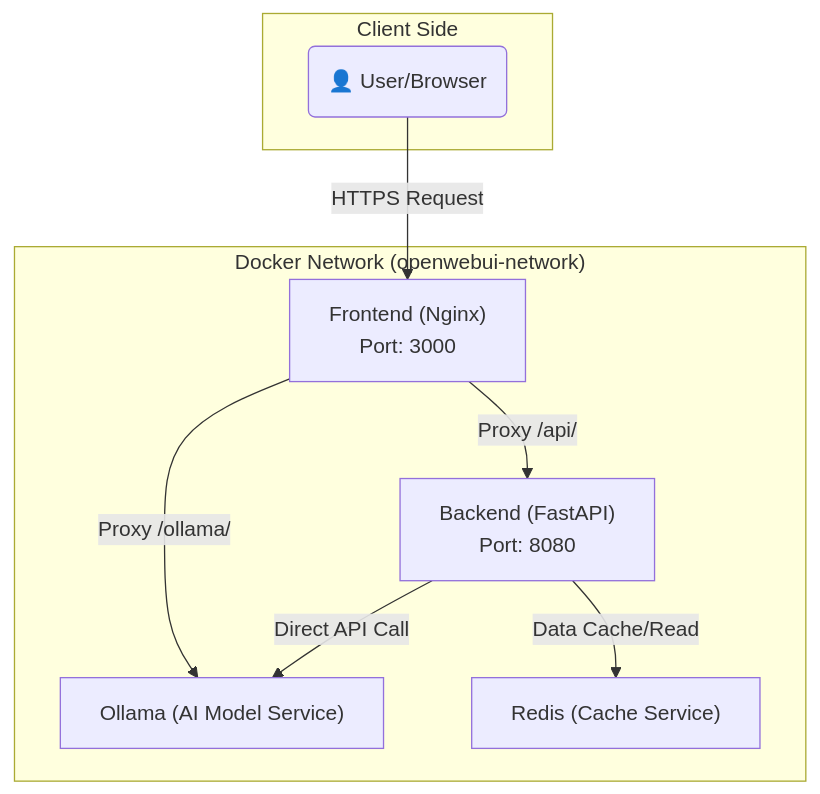
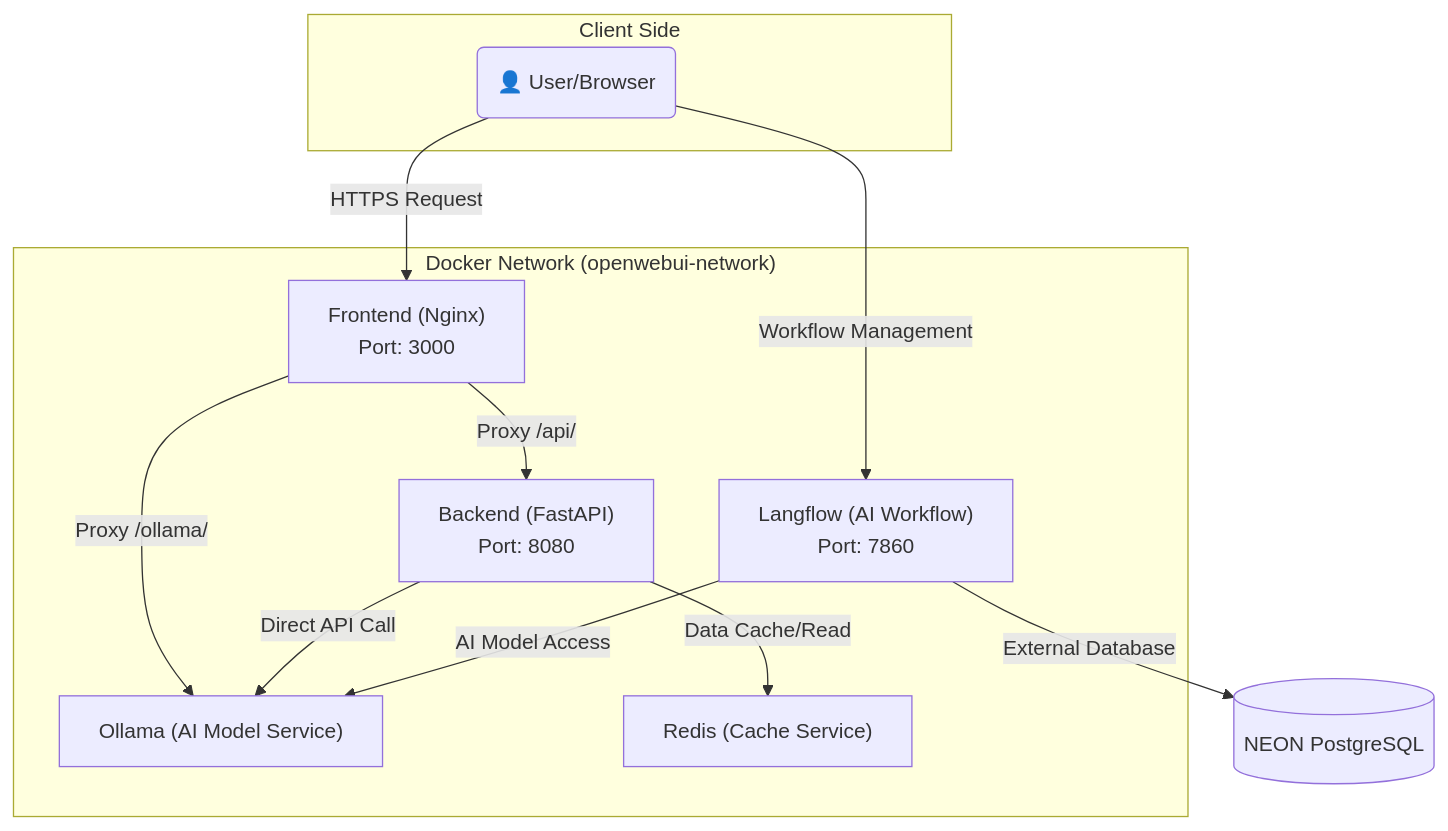
Before and after one commit to Jezla/CerebraUI: the diagram in README.microservices.md, drawn with Mermaid. The commit also changed other lines of this file and 2 other files, not shown here.

First line of the commit message:
integrate Langflow AI workflow service into microservices architecture

````diff
--- a/README.microservices.md
+++ b/README.microservices.md
@@ -14,19 +15,23 @@
 ```mermaid
 graph TD
     subgraph "Client Side"
         User("👤 User/Browser")
     end
 
     subgraph "Docker Network (openwebui-network)"
         Frontend["Frontend (Nginx)<br>Port: 3000"]
         Backend["Backend (FastAPI)<br>Port: 8080"]
+        Langflow["Langflow (AI Workflow)<br>Port: 7860"]
         Ollama["Ollama (AI Model Service)"]
         Redis["Redis (Cache Service)"]
     end
 
     User -- "HTTPS Request" --> Frontend
+    User -- "Workflow Management" --> Langflow
     Frontend -- "Proxy /api/" --> Backend
     Frontend -- "Proxy /ollama/" --> Ollama
     Backend -- "Direct API Call" --> Ollama
     Backend -- "Data Cache/Read" --> Redis
+    Langflow -- "AI Model Access" --> Ollama
+    Langflow -- "External Database" --> Database[(NEON PostgreSQL)]
 ```
````
